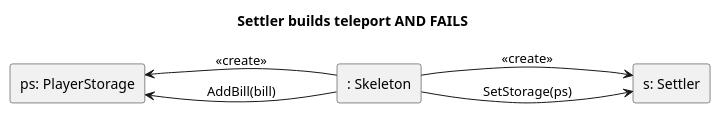
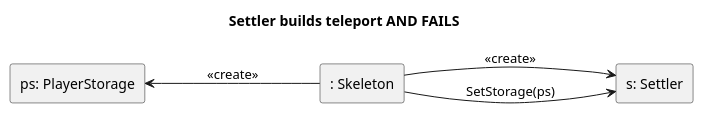
One commit to triszt4n/projlab_holy_oil changed the diagram in uml/skeleton_comm_diagrams/comm_settler_build_gate2.plantuml. Above: the diagram before and after it, drawn with PlantUML. The commit also changed 5 other files, not shown here.

```diff
--- a/uml/skeleton_comm_diagrams/comm_settler_build_gate2.plantuml
+++ b/uml/skeleton_comm_diagrams/comm_settler_build_gate2.plantuml
@@ -1,14 +1,13 @@
 @startuml
 left to right direction
 title "Settler builds teleport AND FAILS"
 
 rectangle "s: Settler" as s
 rectangle "ps: PlayerStorage" as store
 rectangle ": Skeleton" as skeleton
 
 skeleton --down-> s : <<create>>
 skeleton --up-> store : <<create>>
 skeleton --left-> s : SetStorage(ps)
-skeleton --right-> store : AddBill(bill)
 
 @enduml
```
